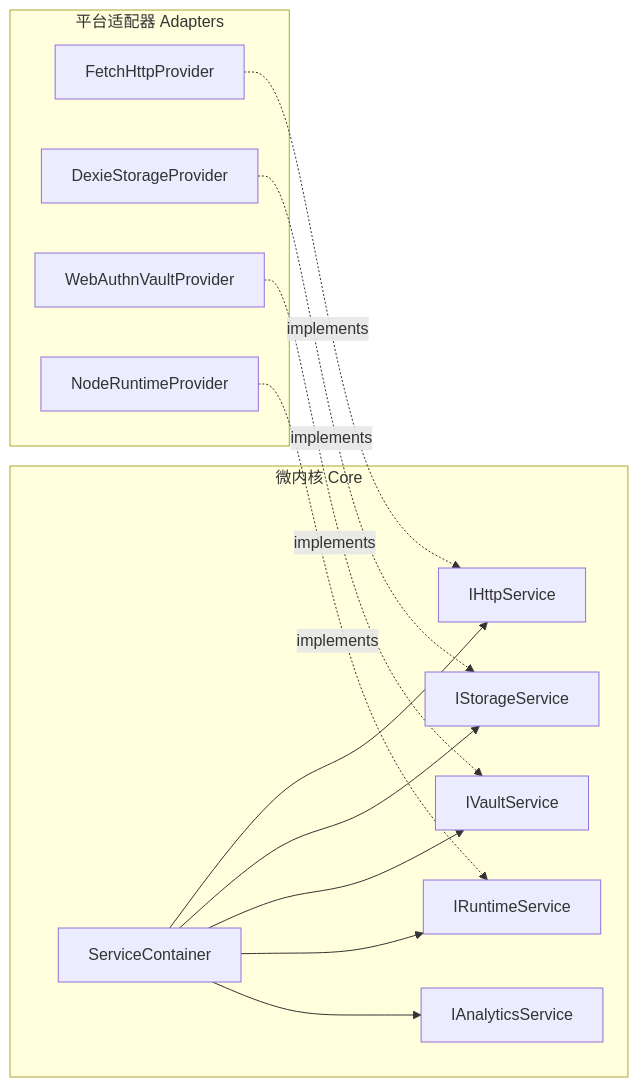
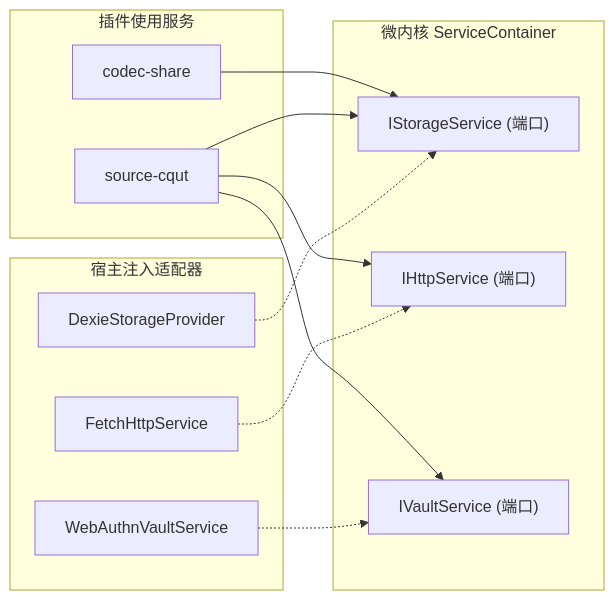
The diagram in .agents/docs/adr/0002-service-container-and-ports-adapters.md (CQUT-OpenProject/Chronos), drawn with Mermaid before and after one commit. The commit also changed other lines of this file and 90 other files, not shown here.

````diff
--- a/.agents/docs/adr/0002-service-container-and-ports-adapters.md
+++ b/.agents/docs/adr/0002-service-container-and-ports-adapters.md
@@ -24,19 +24,28 @@
 ```mermaid
 flowchart LR
-    subgraph Core [微内核 Core]
-        SC[ServiceContainer]
-        HTTP[IHttpService]
-        Storage[IStorageService]
-        Vault[IVaultService]
-        Runtime[IRuntimeService]
-        Analytics[IAnalyticsService]
-        SC --> HTTP & Storage & Vault & Runtime & Analytics
+    subgraph Host [宿主注入适配器]
+        DexieAdapt[DexieStorageProvider]
+        WebFetch[FetchHttpService]
+        WebAuthn[WebAuthnVaultService]
     end
 
-    subgraph Adapters [平台适配器 Adapters]
-        WebFetch[FetchHttpProvider] -.implements.-> HTTP
-        DexieDB[DexieStorageProvider] -.implements.-> Storage
-        WebAuthn[WebAuthnVaultProvider] -.implements.-> Vault
-        NodeRuntime[NodeRuntimeProvider] -.implements.-> Runtime
+    subgraph Core [微内核 ServiceContainer]
+        StoragePort["IStorageService (端口)"]
+        HttpPort["IHttpService (端口)"]
+        VaultPort["IVaultService (端口)"]
     end
+
+    subgraph Plugins [插件使用服务]
+        CQUTPlugin[source-cqut]
+        SharePlugin[codec-share]
+    end
+
+    DexieAdapt -.-> StoragePort
+    WebFetch -.-> HttpPort
+    WebAuthn -.-> VaultPort
+
+    CQUTPlugin --> StoragePort
+    CQUTPlugin --> HttpPort
+    CQUTPlugin --> VaultPort
+    SharePlugin --> StoragePort
 ```
````
